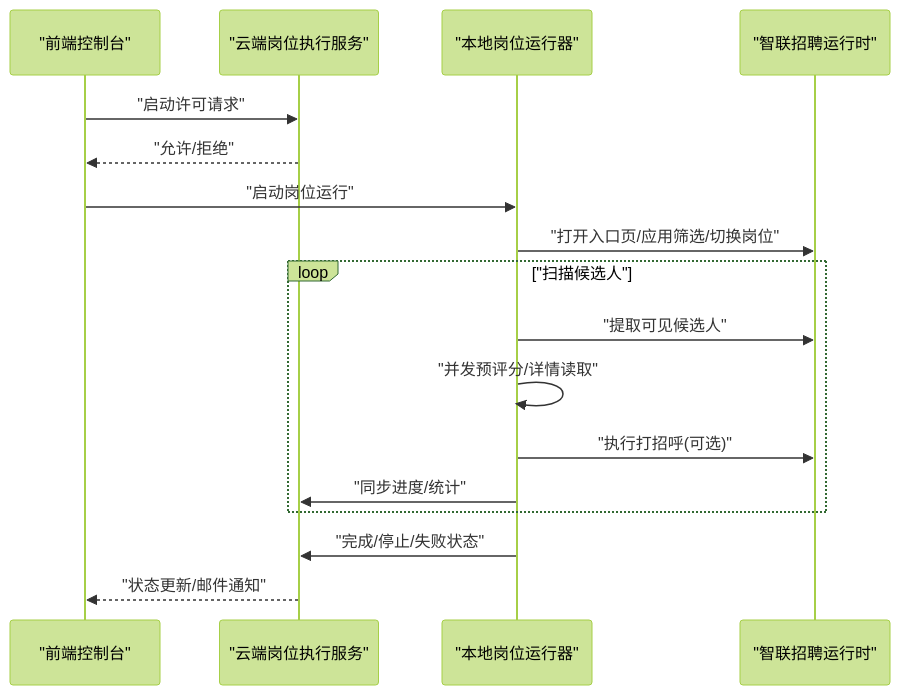
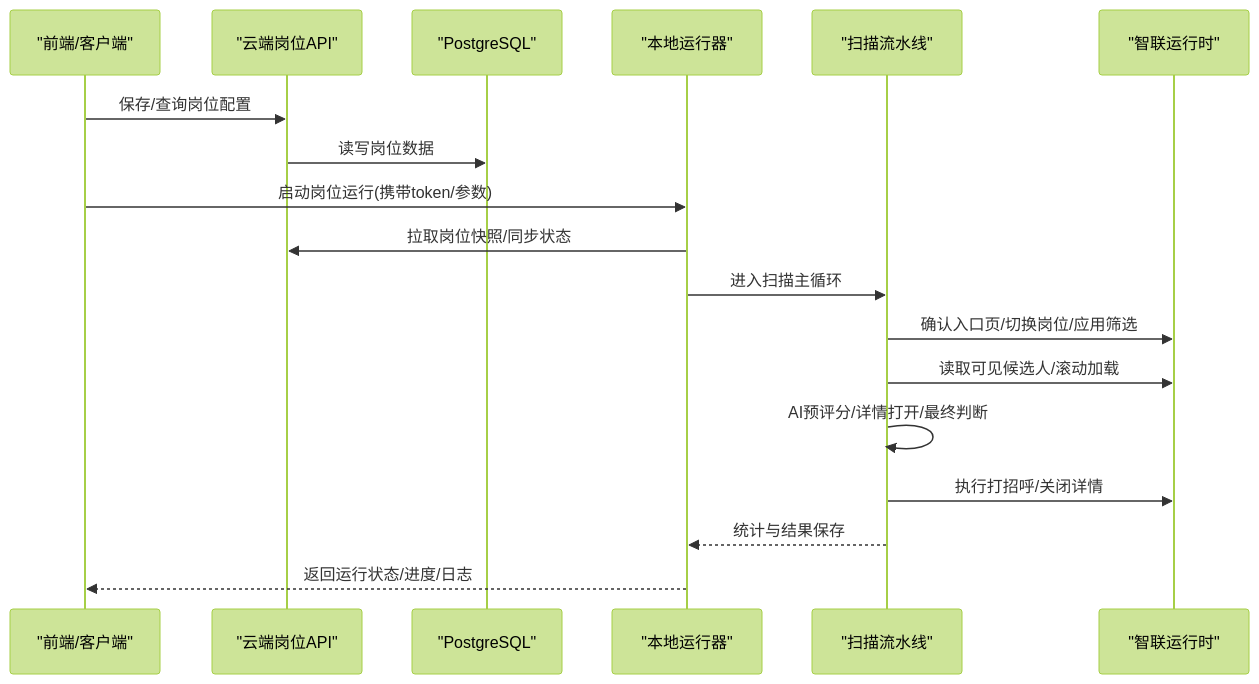
The second of 7 diagrams in .qoder/repowiki/zh/content/本地执行器/平台适配器/前程无忧适配器/职位管理.md (alvinwangzi/goodhr), drawn with Mermaid (forest theme) before and after one commit. The commit also changed other lines of this file and 149 other files, not shown here.

````diff
--- a/.qoder/repowiki/zh/content/本地执行器/平台适配器/前程无忧适配器/职位管理.md
+++ b/.qoder/repowiki/zh/content/本地执行器/平台适配器/前程无忧适配器/职位管理.md
@@ -114,19 +96,20 @@
 ```mermaid
 sequenceDiagram
-participant FE as "前端控制台"
-participant API as "云端岗位执行服务"
-participant PR as "本地岗位运行器"
-participant ZR as "智联招聘运行时"
-FE->>API : "启动许可请求"
-API-->>FE : "允许/拒绝"
-FE->>PR : "启动岗位运行"
-PR->>ZR : "打开入口页/应用筛选/切换岗位"
-loop "扫描候选人"
-PR->>ZR : "提取可见候选人"
-PR->>PR : "并发预评分/详情读取"
-PR->>ZR : "执行打招呼(可选)"
-PR->>API : "同步进度/统计"
-end
-PR->>API : "完成/停止/失败状态"
-API-->>FE : "状态更新/邮件通知"
+participant FE as "前端/客户端"
+participant API as "云端岗位API"
+participant DB as "PostgreSQL"
+participant RUN as "本地运行器"
+participant SCAN as "扫描流水线"
+participant ZP as "智联运行时"
+FE->>API : 保存/查询岗位配置
+API->>DB : 读写岗位数据
+FE->>RUN : 启动岗位运行(携带token/参数)
+RUN->>API : 拉取岗位快照/同步状态
+RUN->>SCAN : 进入扫描主循环
+SCAN->>ZP : 确认入口页/切换岗位/应用筛选
+SCAN->>ZP : 读取可见候选人/滚动加载
+SCAN->>SCAN : AI预评分/详情打开/最终判断
+SCAN->>ZP : 执行打招呼/关闭详情
+SCAN-->>RUN : 统计与结果保存
+RUN-->>FE : 返回运行状态/进度/日志
 ```
````
